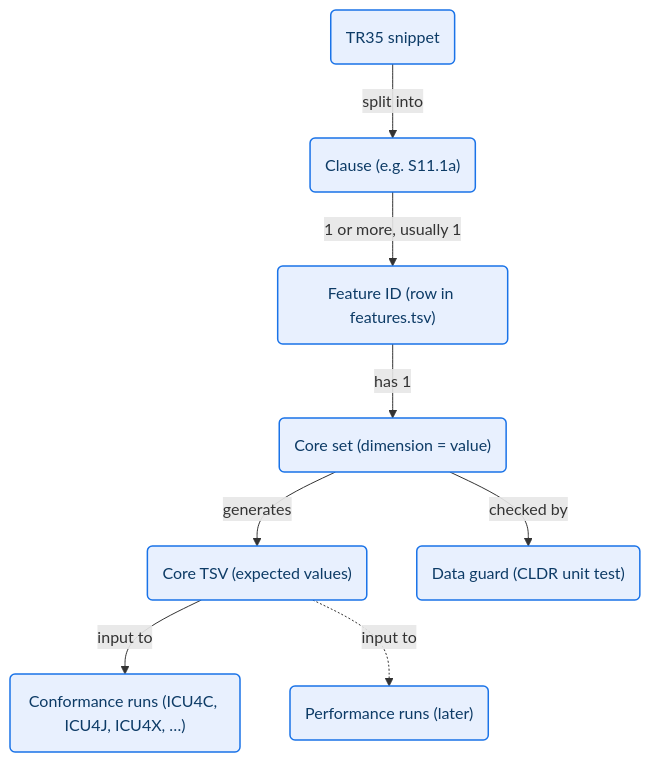
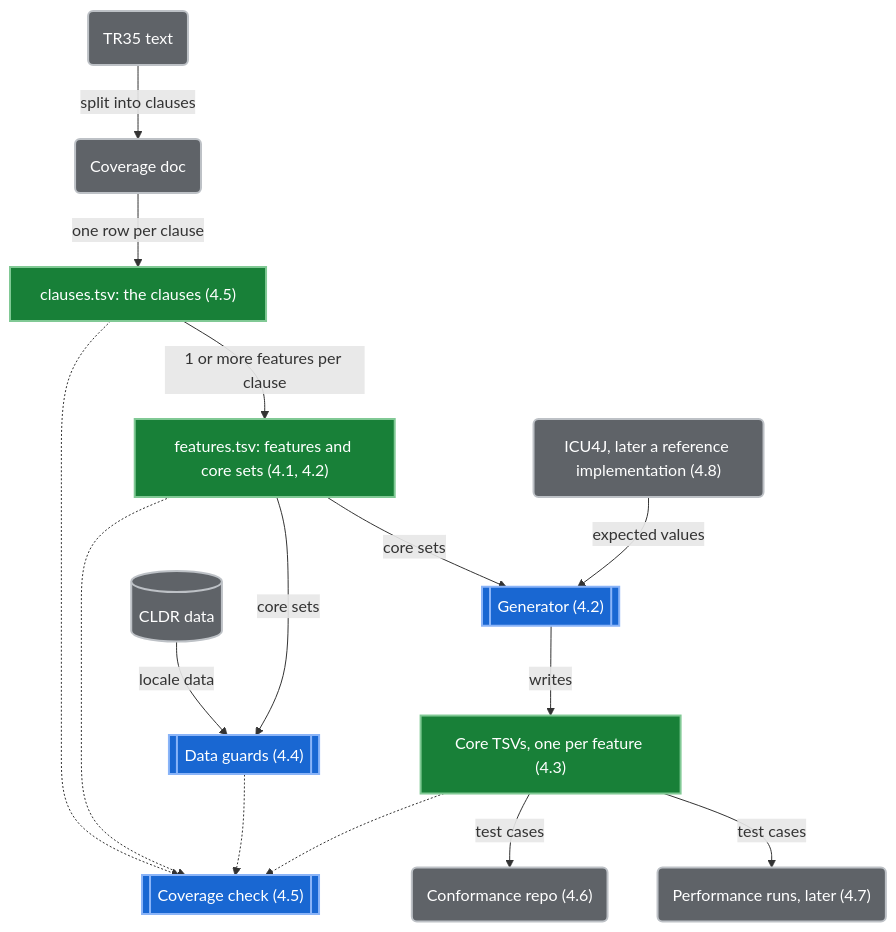
One commit to unicode-org/cldr changed the diagram in docs/site/development/development-process/design-proposals/feature-based-test-generation.md. Above: the diagram before and after it, drawn with Mermaid. The commit also changed other lines of this file, not shown here.

First line of the commit message:
CLDR-19466 Explain feature IDs and add an overview diagram to the design proposal

````diff
--- a/docs/site/development/development-process/design-proposals/feature-based-test-generation.md
+++ b/docs/site/development/development-process/design-proposals/feature-based-test-generation.md
@@ -45,13 +48,34 @@
 ```mermaid
 flowchart TD
-  snippet("TR35 snippet") -->|split into| clause("Clause (e.g. S11.1a)")
-  clause -->|1 or more, usually 1| feature("Feature ID (row in features.tsv)")
-  feature -->|has 1| coreset("Core set (dimension = value)")
-  coreset -->|generates| tsv("Core TSV (expected values)")
-  coreset -->|checked by| guard("Data guard (CLDR unit test)")
-  tsv -->|input to| conf("Conformance runs (ICU4C, ICU4J, ICU4X, …)")
-  tsv -.->|input to| perf("Performance runs (later)")
+  tr35("TR35 text"):::outside
+  covdoc("Coverage doc"):::outside
+  clauses["clauses.tsv: the clauses (4.5)"]:::file
+  cldr[("CLDR data")]:::outside
+  features["features.tsv: features and core sets (4.1, 4.2)"]:::file
+  icu("ICU4J, later a reference implementation (4.8)"):::outside
+  guards[["Data guards (4.4)"]]:::code
+  gen[["Generator (4.2)"]]:::code
+  core["Core TSVs, one per feature (4.3)"]:::file
+  coverage[["Coverage check (4.5)"]]:::code
+  conf("Conformance repo (4.6)"):::outside
+  perf("Performance runs, later (4.7)"):::outside
 
-  classDef nodeBox fill:#e8f0fe,stroke:#1a73e8,stroke-width:1.5px,color:#0d3b66;
-  class snippet,clause,feature,coreset,tsv,guard,conf,perf nodeBox;
+  tr35 -->|"split into clauses"| covdoc
+  covdoc -->|"one row per clause"| clauses
+  clauses -->|"1 or more features per clause"| features
+  cldr -->|"locale data"| guards
+  features -->|"core sets"| guards
+  features -->|"core sets"| gen
+  icu -->|"expected values"| gen
+  gen -->|"writes"| core
+  core -->|"test cases"| conf
+  core -->|"test cases"| perf
+  clauses -.-> coverage
+  features -.-> coverage
+  guards -.-> coverage
+  core -.-> coverage
+
+  classDef file fill:#188038,stroke:#81c995,stroke-width:2px,color:#ffffff
+  classDef code fill:#1967d2,stroke:#8ab4f8,stroke-width:2px,color:#ffffff
+  classDef outside fill:#5f6368,stroke:#bdc1c6,stroke-width:2px,color:#ffffff
 ```
````
